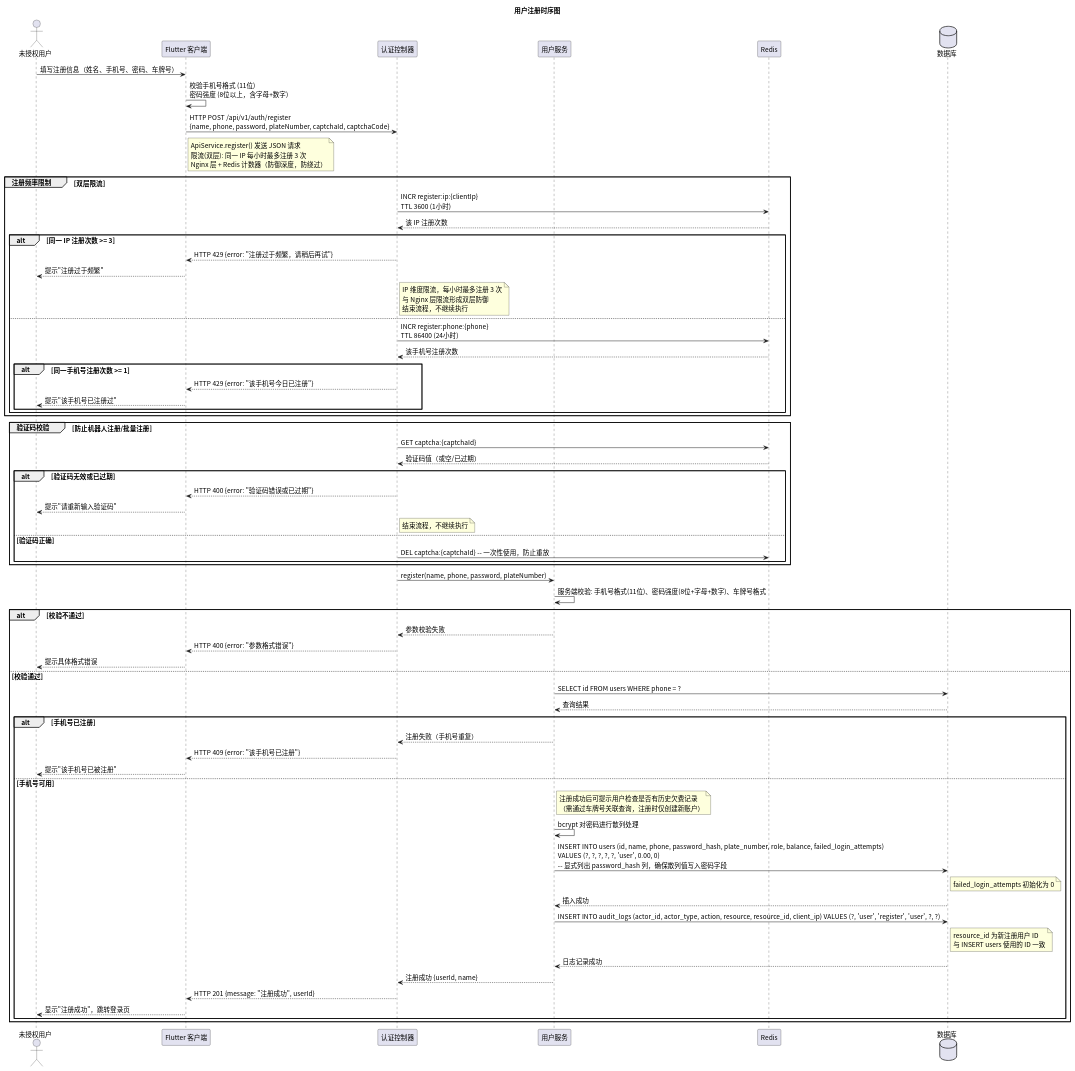
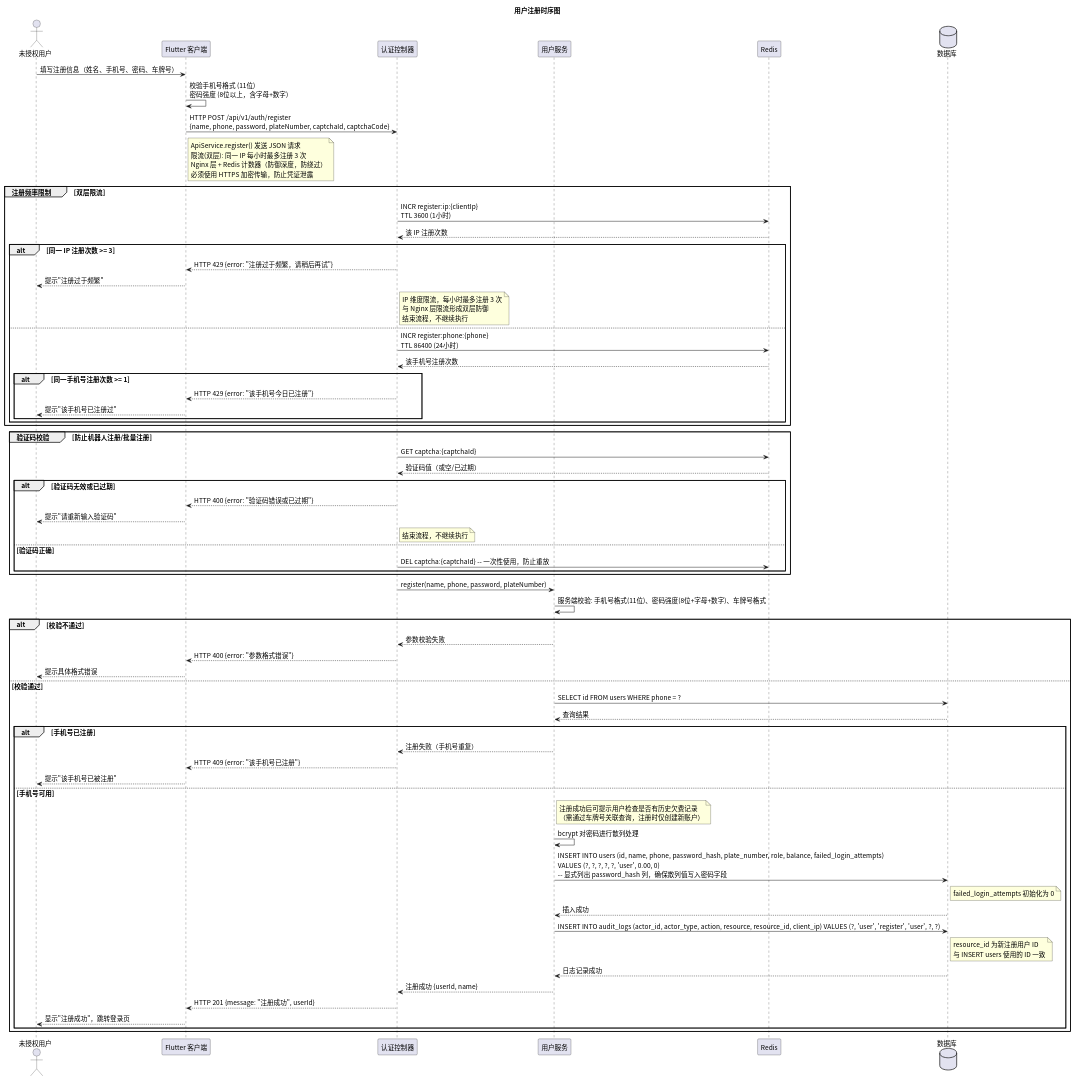
The diagram in time/src/sequence_register.puml (greenhandzdl/charging-station-doc), drawn with PlantUML before and after one commit. The commit also changed 25 other files, not shown here.

First line of the commit message:
fix: 第2轮评估修复 — 用例图权限补全、时序图安全注解与HTTPS、密码重置令牌优化

```diff
--- a/time/src/sequence_register.puml
+++ b/time/src/sequence_register.puml
@@ -1,80 +1,80 @@
 @startuml
 skinparam defaultFontName "Noto Sans CJK SC"
 skinparam defaultFontSize 14
 title 用户注册时序图
 
 ' 所有 SQL 操作使用 PreparedStatement 参数绑定，禁止字符串拼接
 actor 未授权用户 as U
 participant "Flutter 客户端" as FE
 participant "认证控制器" as Ctrl
 participant "用户服务" as US
 participant "Redis" as Cache
 database 数据库 as DB
 
 U -> FE: 填写注册信息（姓名、手机号、密码、车牌号）
 FE -> FE: 校验手机号格式 (11位)\n密码强度 (8位以上，含字母+数字)
 FE -> Ctrl: HTTP POST /api/v1/auth/register\n{name, phone, password, plateNumber, captchaId, captchaCode}
-note right FE : ApiService.register() 发送 JSON 请求\n限流(双层): 同一 IP 每小时最多注册 3 次\nNginx 层 + Redis 计数器（防御深度，防绕过）
+note right FE : ApiService.register() 发送 JSON 请求\n限流(双层): 同一 IP 每小时最多注册 3 次\nNginx 层 + Redis 计数器（防御深度，防绕过）\n必须使用 HTTPS 加密传输，防止凭证泄露
 
 
 group 注册频率限制 [双层限流]
   Ctrl -> Cache: INCR register:ip:{clientIp}\nTTL 3600 (1小时)
   Cache --> Ctrl: 该 IP 注册次数
 
   alt 同一 IP 注册次数 >= 3
     Ctrl --> FE: HTTP 429 {error: "注册过于频繁，请稍后再试"}
     FE --> U: 提示"注册过于频繁"
     note right Ctrl : IP 维度限流，每小时最多注册 3 次\n与 Nginx 层限流形成双层防御\n结束流程，不继续执行
   else
     Ctrl -> Cache: INCR register:phone:{phone}\nTTL 86400 (24小时)
     Cache --> Ctrl: 该手机号注册次数
     alt 同一手机号注册次数 >= 1
       Ctrl --> FE: HTTP 429 {error: "该手机号今日已注册"}
       FE --> U: 提示"该手机号已注册过"
     end
   end
 end
 
 group 验证码校验 [防止机器人注册/批量注册]
   Ctrl -> Cache: GET captcha:{captchaId}
   Cache --> Ctrl: 验证码值（或空/已过期）
 
   alt 验证码无效或已过期
     Ctrl --> FE: HTTP 400 {error: "验证码错误或已过期"}
     FE --> U: 提示"请重新输入验证码"
     note right Ctrl : 结束流程，不继续执行
   else 验证码正确
     Ctrl -> Cache: DEL captcha:{captchaId} -- 一次性使用，防止重放
   end
 end
 
 Ctrl -> US: register(name, phone, password, plateNumber)
 US -> US: 服务端校验: 手机号格式(11位)、密码强度(8位+字母+数字)、车牌号格式
 
 alt 校验不通过
   US --> Ctrl: 参数校验失败
   Ctrl --> FE: HTTP 400 {error: "参数格式错误"}
   FE --> U: 提示具体格式错误
 else 校验通过
   US -> DB: SELECT id FROM users WHERE phone = ?
   DB --> US: 查询结果
 
   alt 手机号已注册
     US --> Ctrl: 注册失败（手机号重复）
     Ctrl --> FE: HTTP 409 {error: "该手机号已注册"}
     FE --> U: 提示"该手机号已被注册"
   else 手机号可用
     note right US : 注册成功后可提示用户检查是否有历史欠费记录\n（需通过车牌号关联查询，注册时仅创建新账户）
     US -> US: bcrypt 对密码进行散列处理
     US -> DB: INSERT INTO users (id, name, phone, password_hash, plate_number, role, balance, failed_login_attempts)\nVALUES (?, ?, ?, ?, ?, 'user', 0.00, 0)\n-- 显式列出 password_hash 列，确保散列值写入密码字段
     note right DB : failed_login_attempts 初始化为 0
     DB --> US: 插入成功
     US -> DB: INSERT INTO audit_logs (actor_id, actor_type, action, resource, resource_id, client_ip) VALUES (?, 'user', 'register', 'user', ?, ?)
     note right DB : resource_id 为新注册用户 ID\n与 INSERT users 使用的 ID 一致
     DB --> US: 日志记录成功
     US --> Ctrl: 注册成功 {userId, name}
     Ctrl --> FE: HTTP 201 {message: "注册成功", userId}
     FE --> U: 显示"注册成功"，跳转登录页
   end
 end
 @enduml
```
